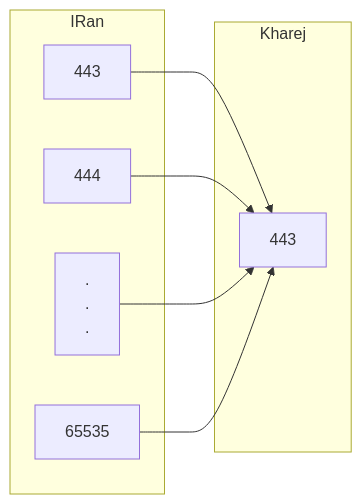
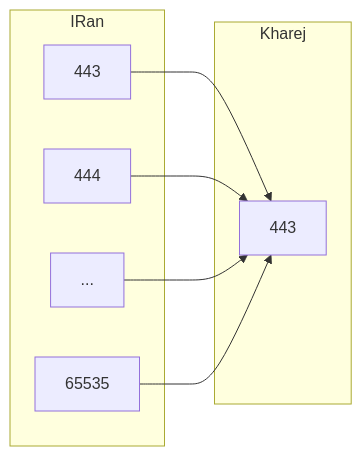
One commit to just-the-docs/just-the-docs-template changed the second of 2 diagrams in Direct-Port-To-Port.md. Above: the diagram before and after it, drawn with Mermaid.

````diff
--- a/Direct-Port-To-Port.md
+++ b/Direct-Port-To-Port.md
@@ -105,14 +105,12 @@
 ```mermaid
 flowchart LR;
     subgraph Kharej;
-    B[443] ;
+    B[443];
     end;
     subgraph IRan;
     A1[443] --> B[443];
     A2[444] --> B[443];
-    A3[.
-    .
-    .] --> B[443];
+    A3[...] --> B[443];
     A4[65535] --> B[443];
     end;
 ```
````
